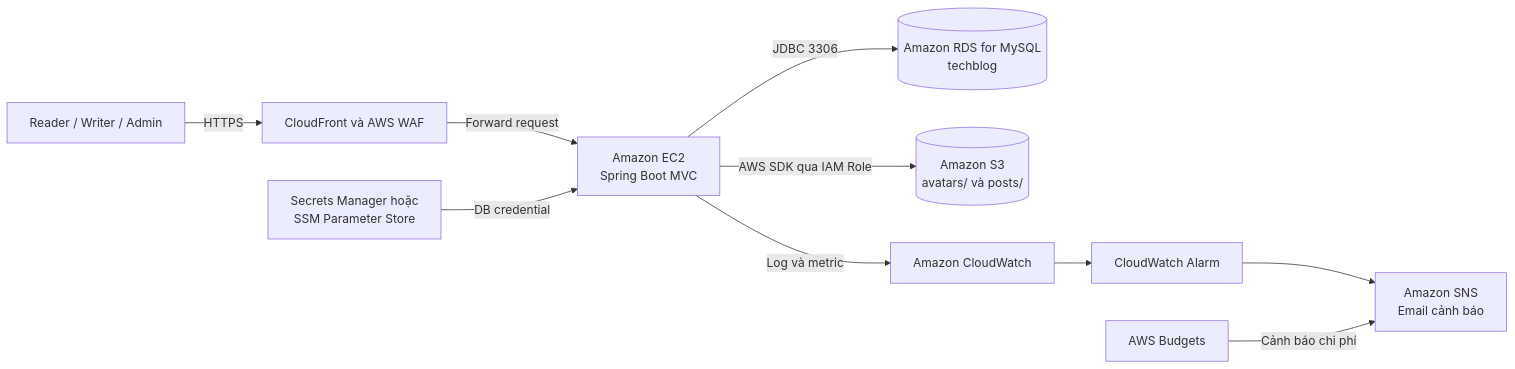
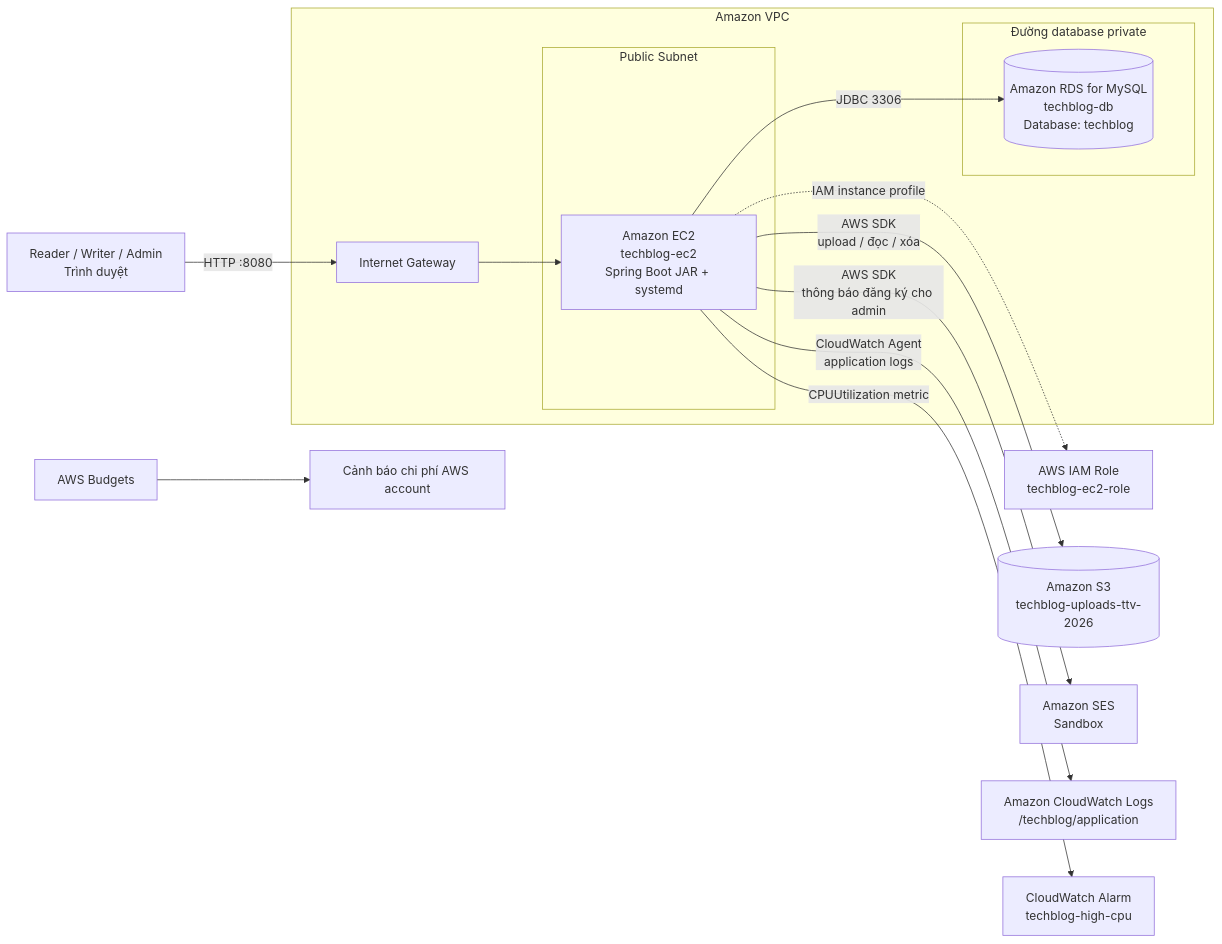
The diagram in content/2-Proposal/_index.vi.md (idky16/techblog-workshop-report), drawn with Mermaid before and after one commit. The commit also changed other lines of this file and 80 other files, not shown here.

````diff
--- a/content/2-Proposal/_index.vi.md
+++ b/content/2-Proposal/_index.vi.md
@@ -42,12 +68,20 @@
-```mermaid
+{{< mermaid align="center" >}}
 flowchart LR
-    U[Reader / Writer / Admin] -->|HTTPS| F[CloudFront và AWS WAF]
-    F -->|Forward request| E[Amazon EC2<br/>Spring Boot MVC]
-    E -->|JDBC 3306| R[(Amazon RDS for MySQL<br/>techblog)]
-    E -->|AWS SDK qua IAM Role| S[(Amazon S3<br/>avatars/ và posts/)]
-    P[Secrets Manager hoặc<br/>SSM Parameter Store] -->|DB credential| E
-    E -->|Log và metric| C[Amazon CloudWatch]
-    C --> A[CloudWatch Alarm]
-    A --> N[Amazon SNS<br/>Email cảnh báo]
-    B[AWS Budgets] -->|Cảnh báo chi phí| N
-```
+    U[Reader / Writer / Admin<br/>Trình duyệt] -->|HTTP :8080| G[Internet Gateway]
+    subgraph VPC[Amazon VPC]
+        subgraph PUB[Public Subnet]
+            E[Amazon EC2<br/>techblog-ec2<br/>Spring Boot JAR + systemd]
+        end
+        subgraph DATA[Đường database private]
+            R[(Amazon RDS for MySQL<br/>techblog-db<br/>Database: techblog)]
+        end
+        G --> E
+        E -->|JDBC 3306| R
+    end
+    E -. IAM instance profile .-> I[AWS IAM Role<br/>techblog-ec2-role]
+    E -->|AWS SDK<br/>upload / đọc / xóa| S[(Amazon S3<br/>techblog-uploads-ttv-2026)]
+    E -->|AWS SDK<br/>thông báo đăng ký cho admin| M[Amazon SES<br/>Sandbox]
+    E -->|CloudWatch Agent<br/>application logs| C[Amazon CloudWatch Logs<br/>/techblog/application]
+    E -->|CPUUtilization metric| A[CloudWatch Alarm<br/>techblog-high-cpu]
+    B[AWS Budgets] --> O[Cảnh báo chi phí AWS account]
+{{< /mermaid >}}
````
